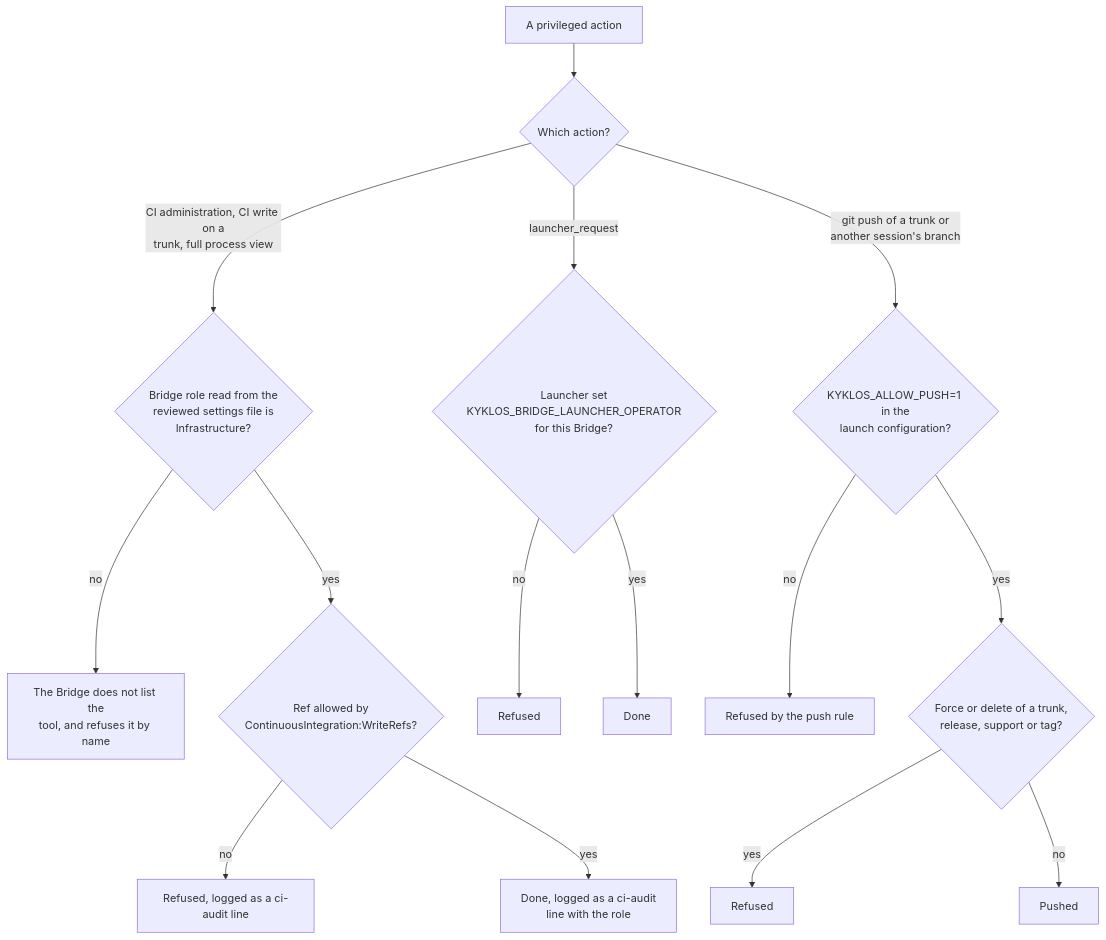
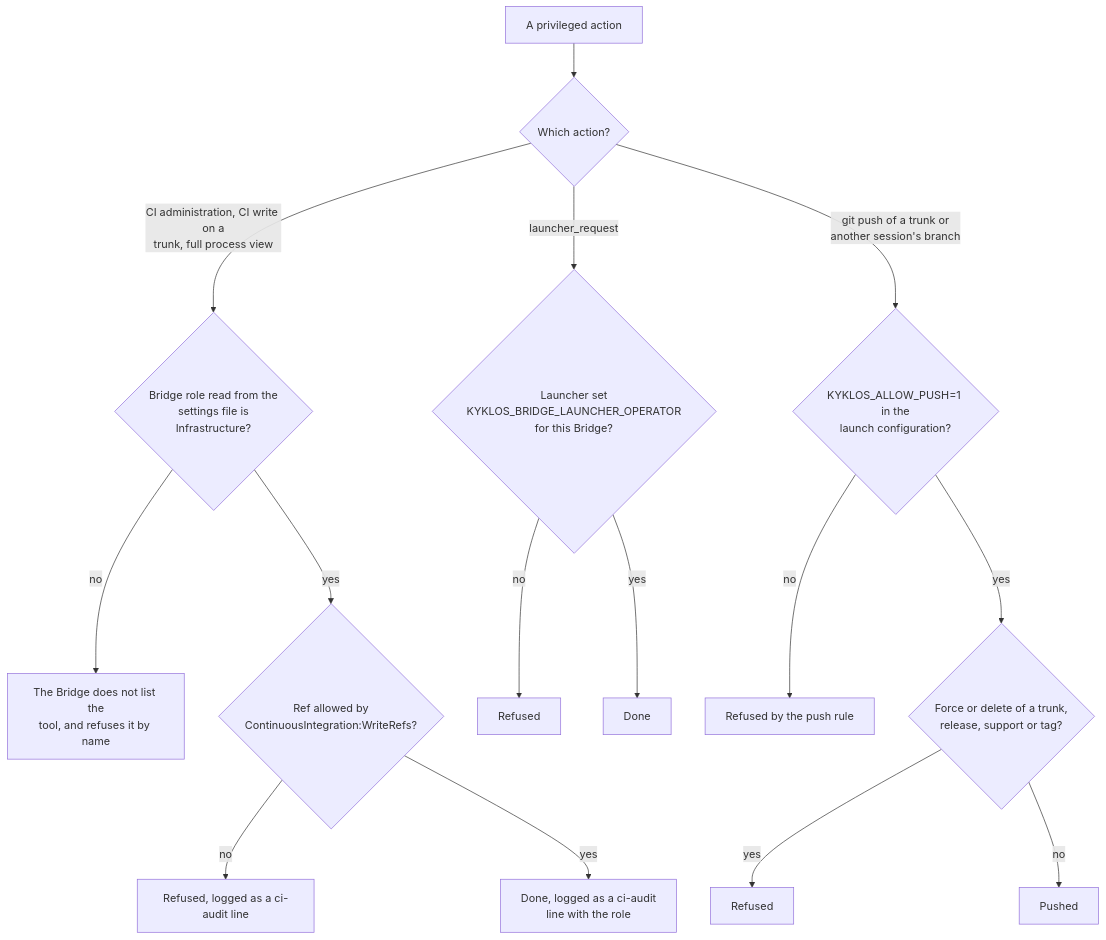
Before and after one commit to DogmaSolutions/Kyklos: the diagram in docs/INFRASTRUCTURE_SESSION.md, drawn with Mermaid. The commit also changed other lines of this file and 40 other files, not shown here.

````diff
--- a/docs/INFRASTRUCTURE_SESSION.md
+++ b/docs/INFRASTRUCTURE_SESSION.md
@@ -41,17 +41,17 @@
 ```mermaid
 flowchart TD
     A["A privileged action"] --> K{"Which action?"}
-    K -->|"CI administration, CI write on a<br/>trunk, full process view"| B{"Bridge role read from the<br/>reviewed settings file is<br/>Infrastructure?"}
+    K -->|"CI administration, CI write on a<br/>trunk, full process view"| B{"Bridge role read from the<br/>settings file is<br/>Infrastructure?"}
     B -->|"no"| X1["The Bridge does not list the<br/>tool, and refuses it by name"]
     B -->|"yes"| W{"Ref allowed by<br/>ContinuousIntegration:WriteRefs?"}
     W -->|"no"| X2["Refused, logged as a ci-audit line"]
     W -->|"yes"| OK1["Done, logged as a ci-audit<br/>line with the role"]
     K -->|"launcher_request"| L{"Launcher set<br/>KYKLOS_BRIDGE_LAUNCHER_OPERATOR<br/>for this Bridge?"}
     L -->|"no"| X3["Refused"]
     L -->|"yes"| OK2["Done"]
     K -->|"git push of a trunk or<br/>another session's branch"| P{"KYKLOS_ALLOW_PUSH=1 in the<br/>launch configuration?"}
     P -->|"no"| X4["Refused by the push rule"]
     P -->|"yes"| F{"Force or delete of a trunk,<br/>release, support or tag?"}
     F -->|"yes"| X5["Refused"]
     F -->|"no"| OK3["Pushed"]
 ```
````
